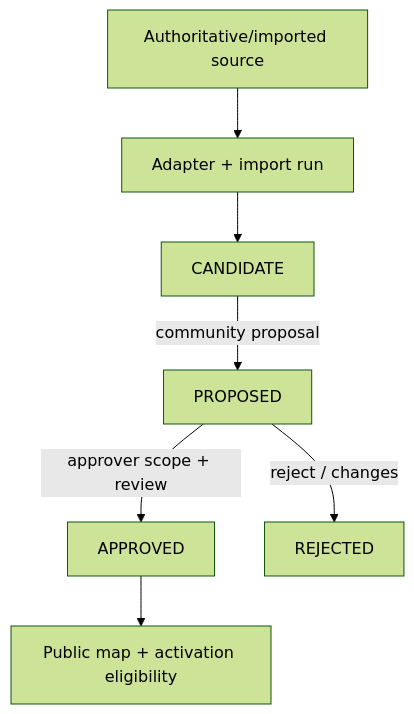
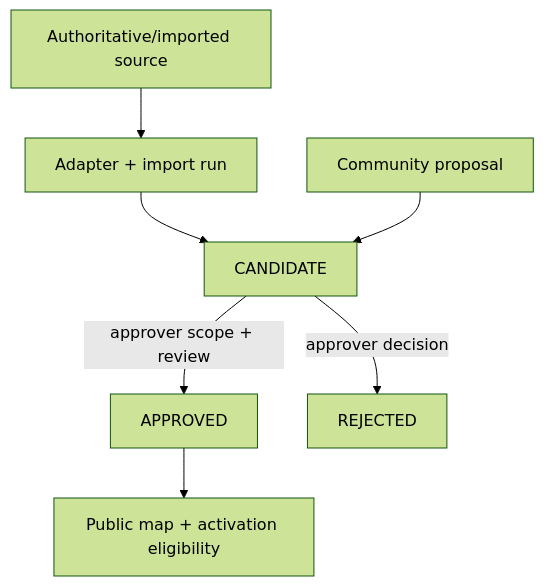
Before and after one commit to myota-platform/myota-platform: the second of 2 diagrams in docs/architecture.md, drawn with Mermaid (forest theme). The commit also changed 15 other files, not shown here.

````diff
--- a/docs/architecture.md
+++ b/docs/architecture.md
@@ -31,9 +31,9 @@
 ```mermaid
 flowchart TD
   S[Authoritative/imported source] --> R[Adapter + import run]
   R --> C[CANDIDATE]
-  C -->|community proposal| P[PROPOSED]
-  P -->|approver scope + review| A[APPROVED]
-  P -->|reject / changes| X[REJECTED]
+  Q[Community proposal] --> C
+  C -->|approver scope + review| A[APPROVED]
+  C -->|approver decision| X[REJECTED]
   A --> M[Public map + activation eligibility]
 ```
````
